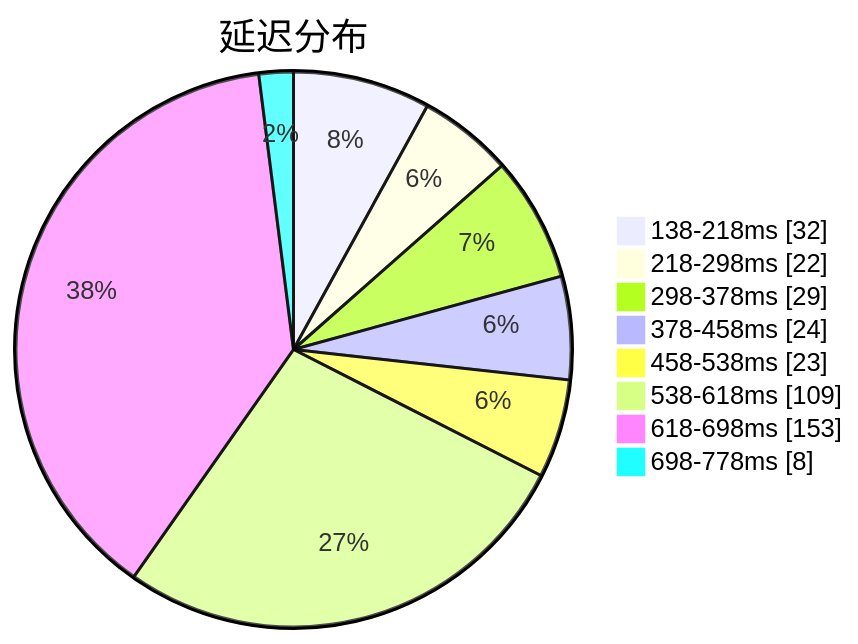
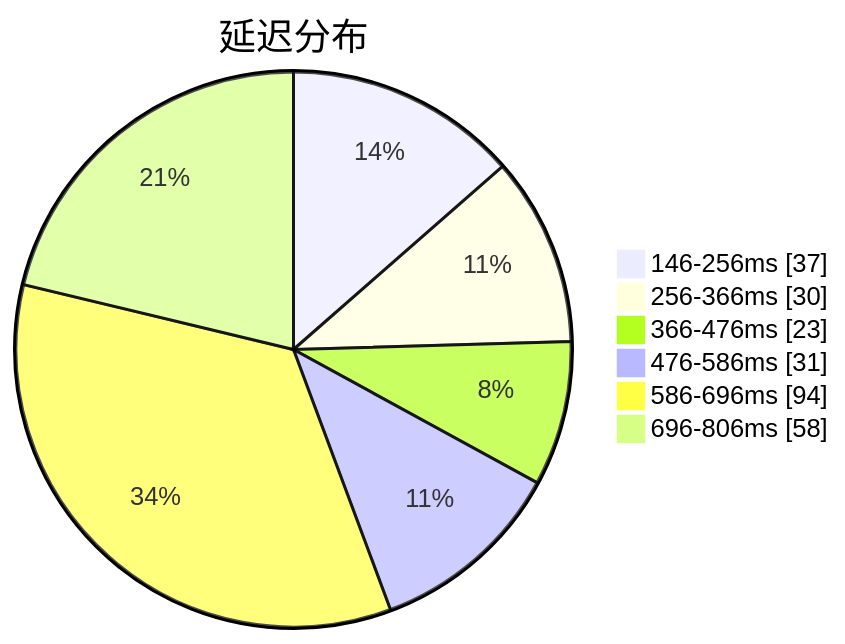
One commit to qjlxg/airport changed the first of 3 diagrams in subs/statistics/tested_within.md. Above: the diagram before and after it, drawn with Mermaid. The commit also changed other lines of this file and 2 other files, not shown here.

Commit message:
Tested by metaST

````diff
--- a/subs/statistics/tested_within.md
+++ b/subs/statistics/tested_within.md
@@ -2,12 +2,10 @@
 ```mermaid
 pie showData
 title 延迟分布
-"138-218ms" : 32
-"218-298ms" : 22
-"298-378ms" : 29
-"378-458ms" : 24
-"458-538ms" : 23
-"538-618ms" : 109
-"618-698ms" : 153
-"698-778ms" : 8
+"146-256ms" : 37
+"256-366ms" : 30
+"366-476ms" : 23
+"476-586ms" : 31
+"586-696ms" : 94
+"696-806ms" : 58
 ```
````
